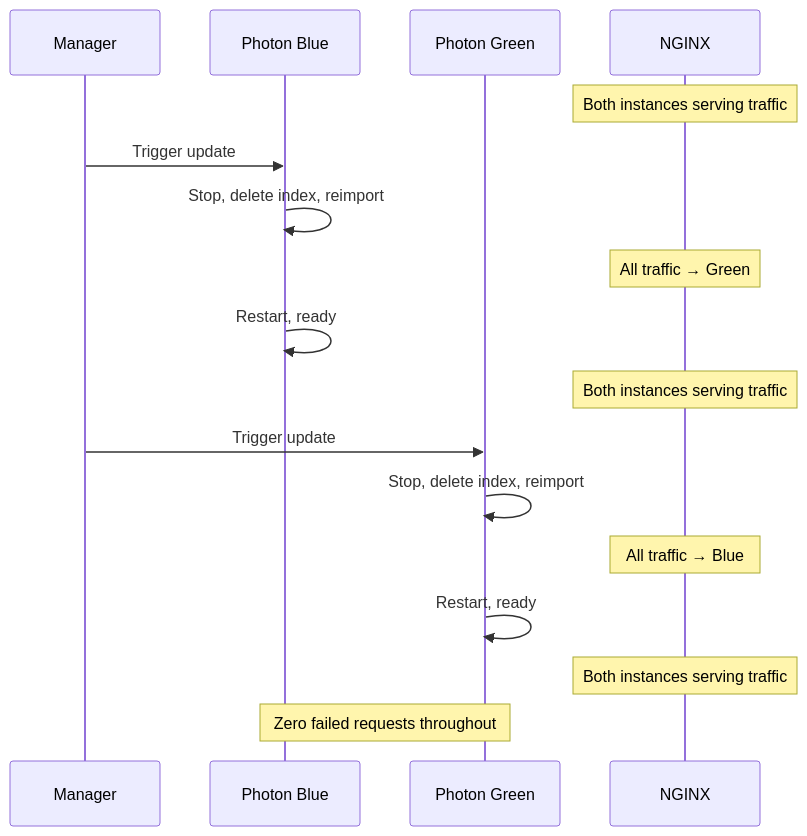
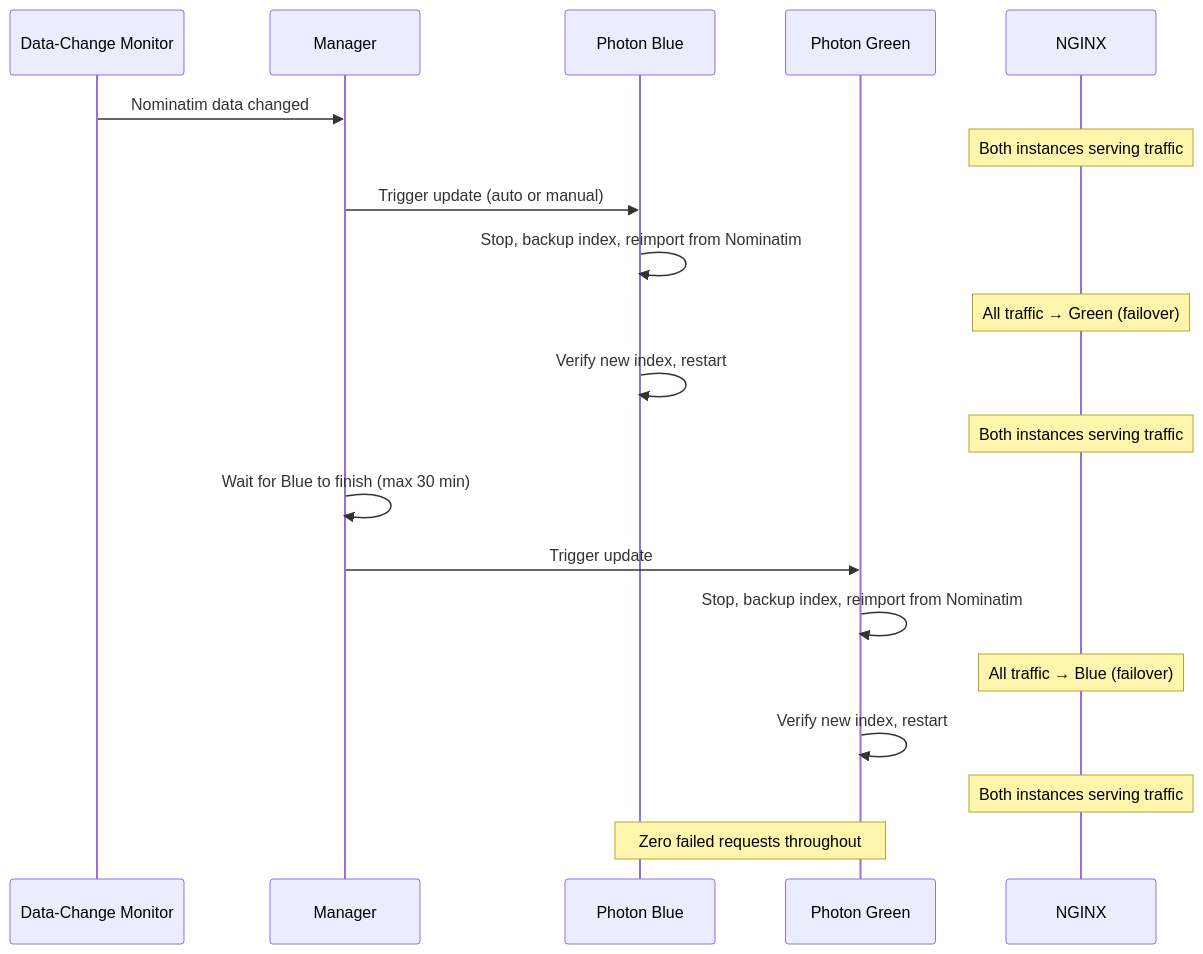
One commit to lorsabyan/Offline-Armenia-Map-Stack changed the tenth of 14 diagrams in README.md. Above: the diagram before and after it, drawn with Mermaid. The commit also changed other lines of this file and 3 other files, not shown here.

First line of the commit message:
Add autonomous data-change monitor for fully hands-free updates

````diff
--- a/README.md
+++ b/README.md
@@ -561,23 +652,26 @@
 ```mermaid
 sequenceDiagram
+    participant Monitor as Data-Change Monitor
     participant Manager
     participant Blue as Photon Blue
     participant Green as Photon Green
     participant NGINX
 
+    Monitor->>Manager: Nominatim data changed
     Note over NGINX: Both instances serving traffic
 
-    Manager->>Blue: Trigger update
-    Blue->>Blue: Stop, delete index, reimport
-    Note over NGINX: All traffic → Green
-    Blue->>Blue: Restart, ready
+    Manager->>Blue: Trigger update (auto or manual)
+    Blue->>Blue: Stop, backup index, reimport from Nominatim
+    Note over NGINX: All traffic → Green (failover)
+    Blue->>Blue: Verify new index, restart
     Note over NGINX: Both instances serving traffic
 
+    Manager->>Manager: Wait for Blue to finish (max 30 min)
     Manager->>Green: Trigger update
-    Green->>Green: Stop, delete index, reimport
-    Note over NGINX: All traffic → Blue
-    Green->>Green: Restart, ready
+    Green->>Green: Stop, backup index, reimport from Nominatim
+    Note over NGINX: All traffic → Blue (failover)
+    Green->>Green: Verify new index, restart
     Note over NGINX: Both instances serving traffic
 
     Note over Blue,Green: Zero failed requests throughout
 ```
````
